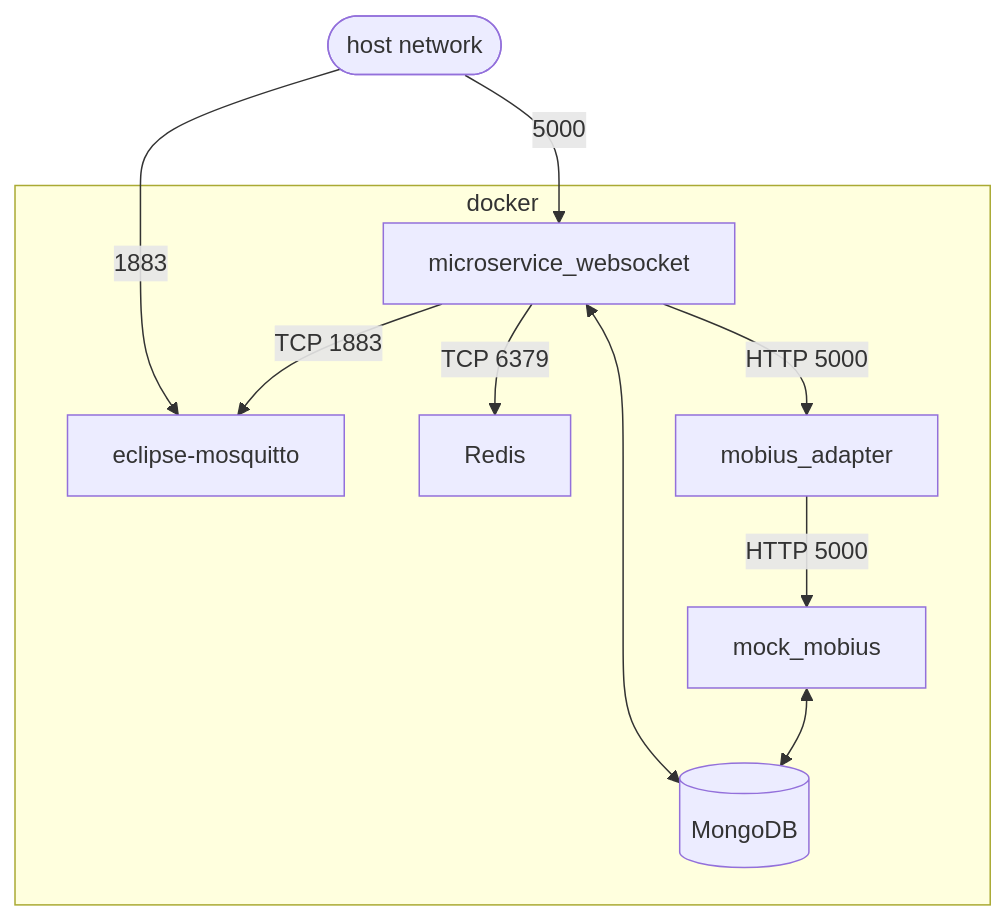
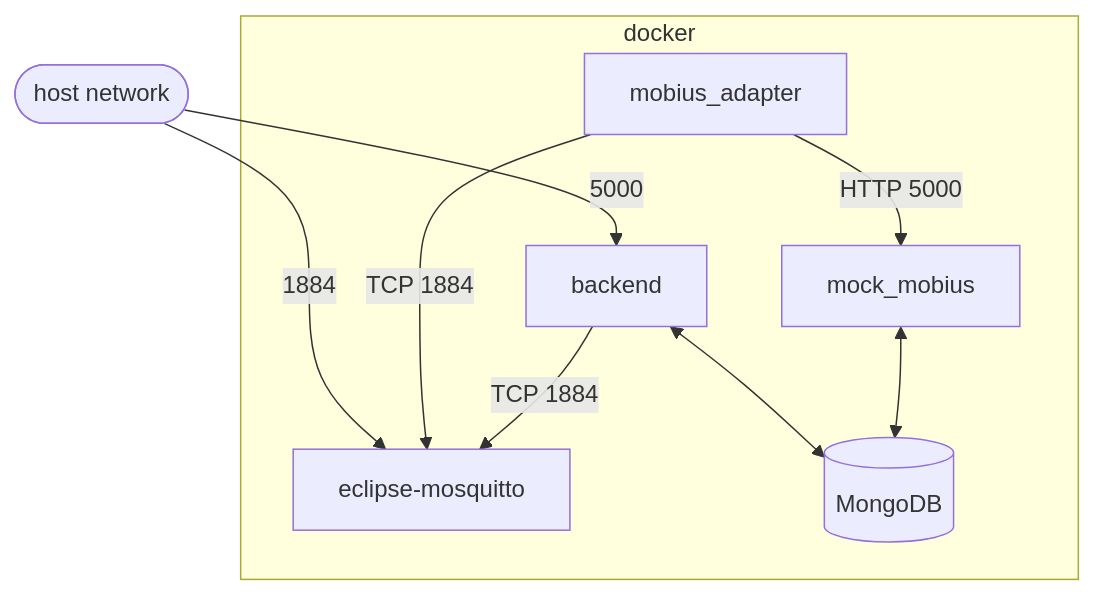
One commit to monemasrl/irma changed the diagram in graphs/docker_compose_scheme.mmd. Above: the diagram before and after it, drawn with Mermaid. The commit also changed 8 other files, not shown here.

```diff
--- a/graphs/docker_compose_scheme.mmd
+++ b/graphs/docker_compose_scheme.mmd
@@ -1,20 +1,19 @@
 flowchart TD;
 
 subgraph docker
     mqtt[eclipse-mosquitto]
     mobius[mock_mobius]
     ma[mobius_adapter]
     mongo[(MongoDB)]
-    msw[microservice_websocket]
-    redis[Redis]
+    b[backend]
 
-    msw -- TCP 1883 --> mqtt
-    msw -- TCP 6379 --> redis
+    b -- TCP 1884 --> mqtt
+    ma -- TCP 1884 --> mqtt
     mobius <--> mongo
-    msw <--> mongo
-    msw -- HTTP 5000 --> ma
+    b <--> mongo
     ma -- HTTP 5000 --> mobius
 end
+
 out([host network])
-out -- 1883 --> mqtt
-out -- 5000 --> msw
+out -- 1884 --> mqtt
+out -- 5000 --> b
```
